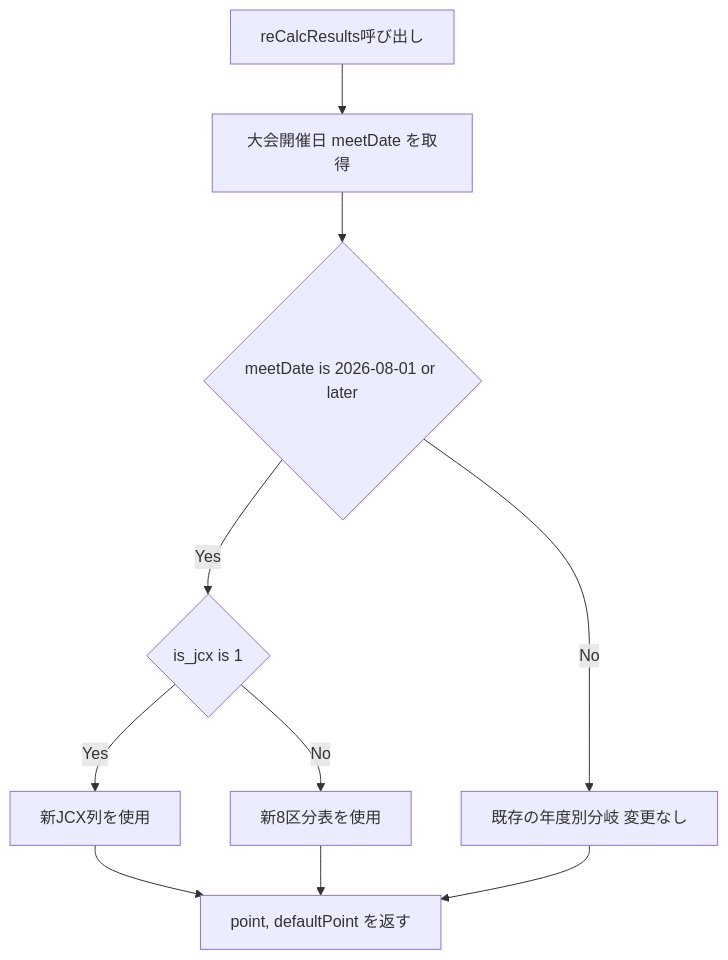
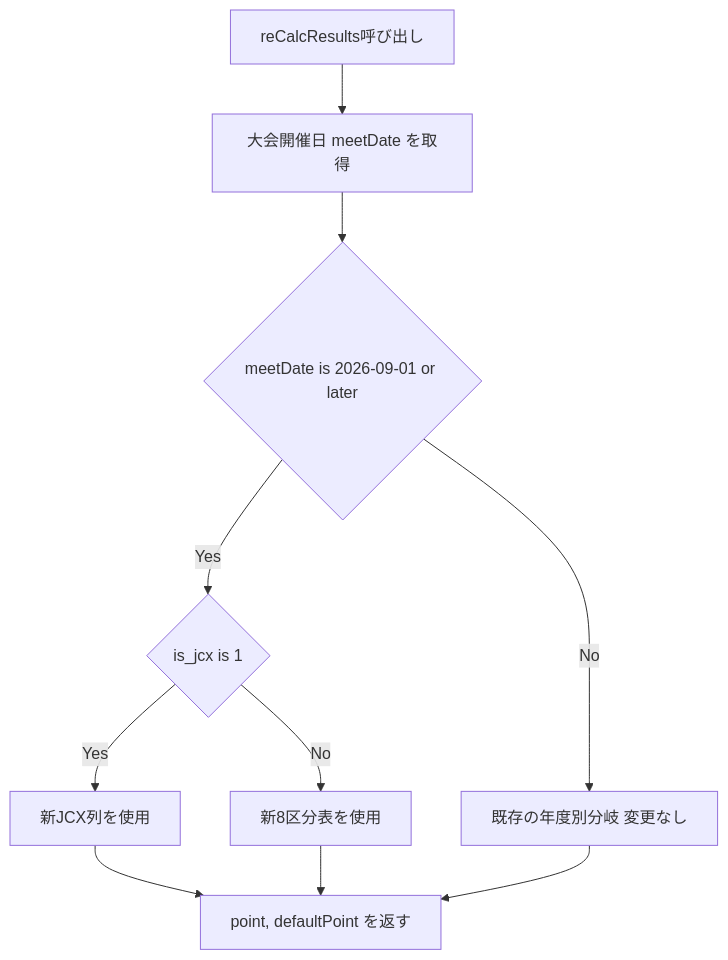
One commit to cyclox-dev/cyclox2_docker changed the second of 3 diagrams in .kiro/specs/ajocc-point-267-prod/design.md. Above: the diagram before and after it, drawn with Mermaid. The commit also changed other lines of this file and 6 other files, not shown here.

````diff
--- a/.kiro/specs/ajocc-point-267-prod/design.md
+++ b/.kiro/specs/ajocc-point-267-prod/design.md
@@ -198,12 +198,12 @@
 ```mermaid
 flowchart TD
     Start[reCalcResults呼び出し] --> GetDate[大会開催日 meetDate を取得]
-    GetDate --> Check2026{meetDate is 2026-08-01 or later}
+    GetDate --> Check2026{meetDate is 2026-09-01 or later}
     Check2026 -->|Yes| CheckJcx1{is_jcx is 1}
     CheckJcx1 -->|Yes| NewJcx[新JCX列を使用]
     CheckJcx1 -->|No| NewNonJcx[新8区分表を使用]
     Check2026 -->|No| Legacy[既存の年度別分岐 変更なし]
     NewJcx --> Return[point, defaultPoint を返す]
     NewNonJcx --> Return
     Legacy --> Return
 ```
````
